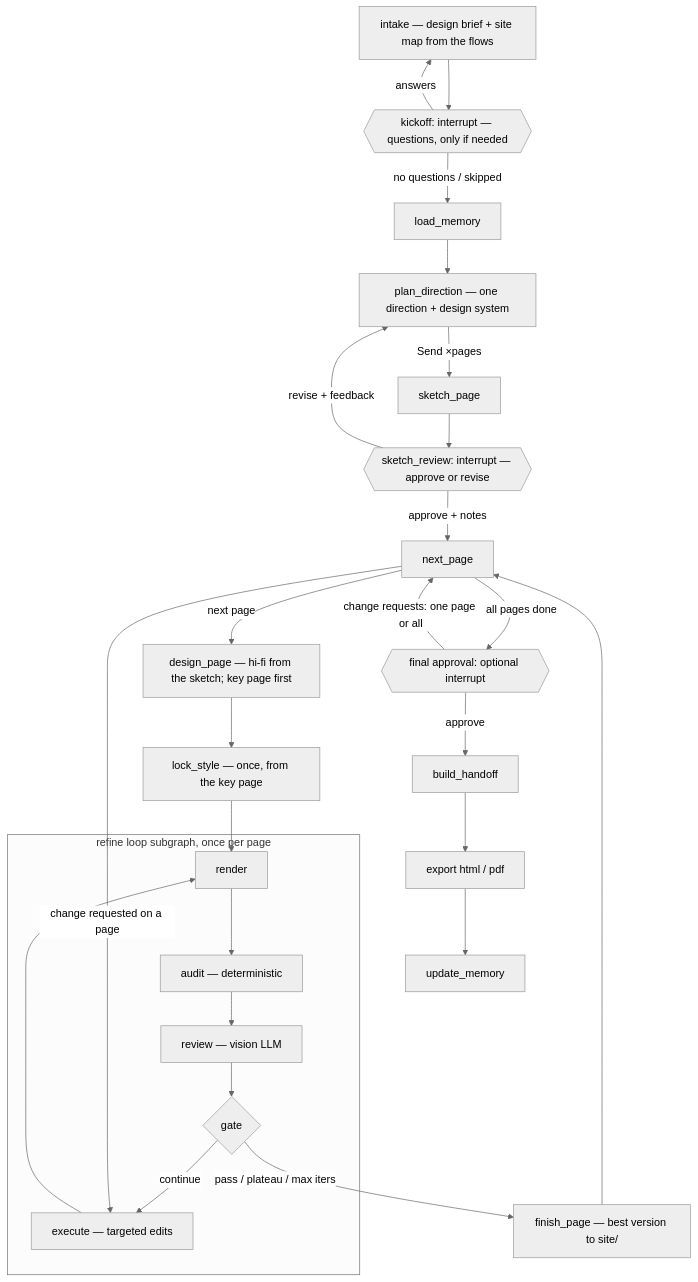
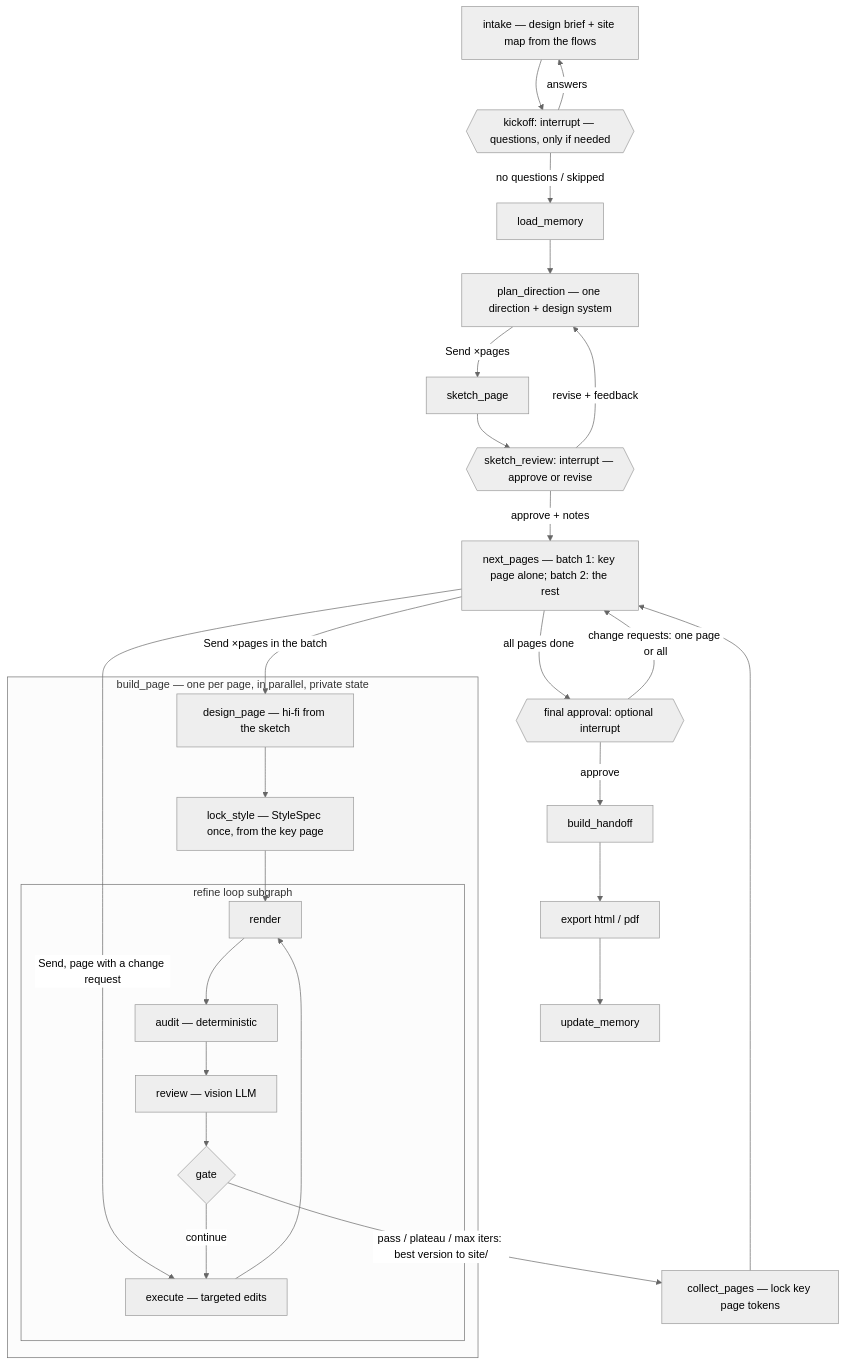
Before and after one commit to Andy2887/ui-agent: the diagram in plan.md, drawn with Mermaid (neutral theme). The commit also changed other lines of this file and 15 other files, not shown here.

First line of the commit message:
Design every page after the key page in parallel, each in its own branch

````diff
--- a/plan.md
+++ b/plan.md
@@ -51,31 +51,33 @@
 ```mermaid
 flowchart TD
     A[intake — design brief + site map from the flows] --> Q{{kickoff: interrupt — questions, only if needed}}
     Q -->|answers| A
     Q -->|no questions / skipped| B[load_memory]
     B --> C[plan_direction — one direction + design system]
     C -->|Send ×pages| D[sketch_page]
     D --> F{{sketch_review: interrupt — approve or revise}}
     F -->|revise + feedback| C
-    F -->|approve + notes| NP[next_page]
-    NP -->|next page| G[design_page — hi-fi from the sketch; key page first]
-    G --> S[lock_style — once, from the key page]
-    S --> H
+    F -->|approve + notes| NP[next_pages — batch 1: key page alone; batch 2: the rest]
+    NP -->|Send ×pages in the batch| G[design_page — hi-fi from the sketch]
+    NP -->|Send, page with a change request| L
 
-    subgraph R[refine loop subgraph, once per page]
-        H[render] --> I[audit — deterministic]
-        I --> J[review — vision LLM]
-        J --> K{gate}
-        K -->|continue| L[execute — targeted edits]
-        L --> H
+    subgraph BP[build_page — one per page, in parallel, private state]
+        G --> S[lock_style — StyleSpec once, from the key page]
+        S --> H
+        subgraph R[refine loop subgraph]
+            H[render] --> I[audit — deterministic]
+            I --> J[review — vision LLM]
+            J --> K{gate}
+            K -->|continue| L[execute — targeted edits]
+            L --> H
+        end
     end
 
-    K -->|pass / plateau / max iters| FP[finish_page — best version to site/]
-    FP --> NP
-    NP -->|change requested on a page| L
+    K -->|pass / plateau / max iters: best version to site/| CP[collect_pages — lock key page tokens]
+    CP --> NP
     NP -->|all pages done| M{{final approval: optional interrupt}}
     M -->|change requests: one page or all| NP
     M -->|approve| N[build_handoff]
     N --> O[export html / pdf]
     O --> P[update_memory]
 ```
````
